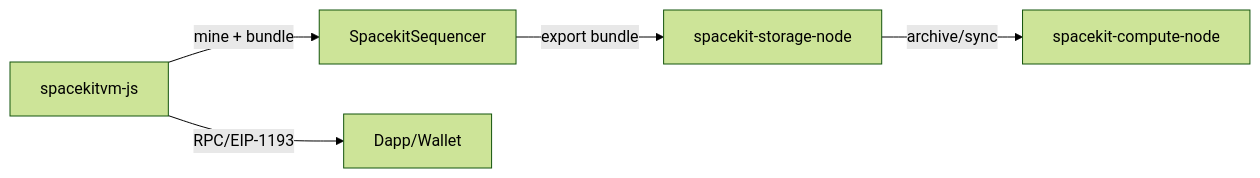
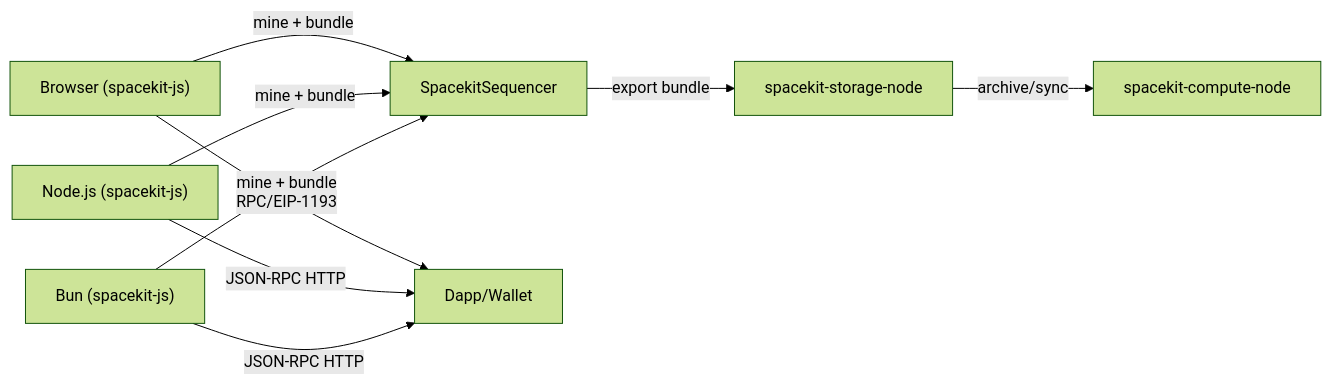
One commit to spacekit-xyz/spacekit-js changed the diagram in README.md. Above: the diagram before and after it, drawn with Mermaid (forest theme). The commit also changed other lines of this file and 21 other files, not shown here.

First line of the commit message:
feat(spacekit-js): add Node.js and Bun runtimes alongside browser

````diff
--- a/README.md
+++ b/README.md
@@ -414,7 +539,11 @@
 ```mermaid
 flowchart LR
-  BrowserVM[spacekitvm-js] -->|mine + bundle| Sequencer[SpacekitSequencer]
+  BrowserVM["Browser (spacekit-js)"] -->|mine + bundle| Sequencer[SpacekitSequencer]
+  NodeVM["Node.js (spacekit-js)"] -->|mine + bundle| Sequencer
+  BunVM["Bun (spacekit-js)"] -->|mine + bundle| Sequencer
   Sequencer -->|export bundle| StorageNode[spacekit-storage-node]
   StorageNode -->|archive/sync| ComputeNode[spacekit-compute-node]
   BrowserVM -->|RPC/EIP-1193| Dapp[Dapp/Wallet]
+  NodeVM -->|JSON-RPC HTTP| Dapp
+  BunVM -->|JSON-RPC HTTP| Dapp
 ```
````
